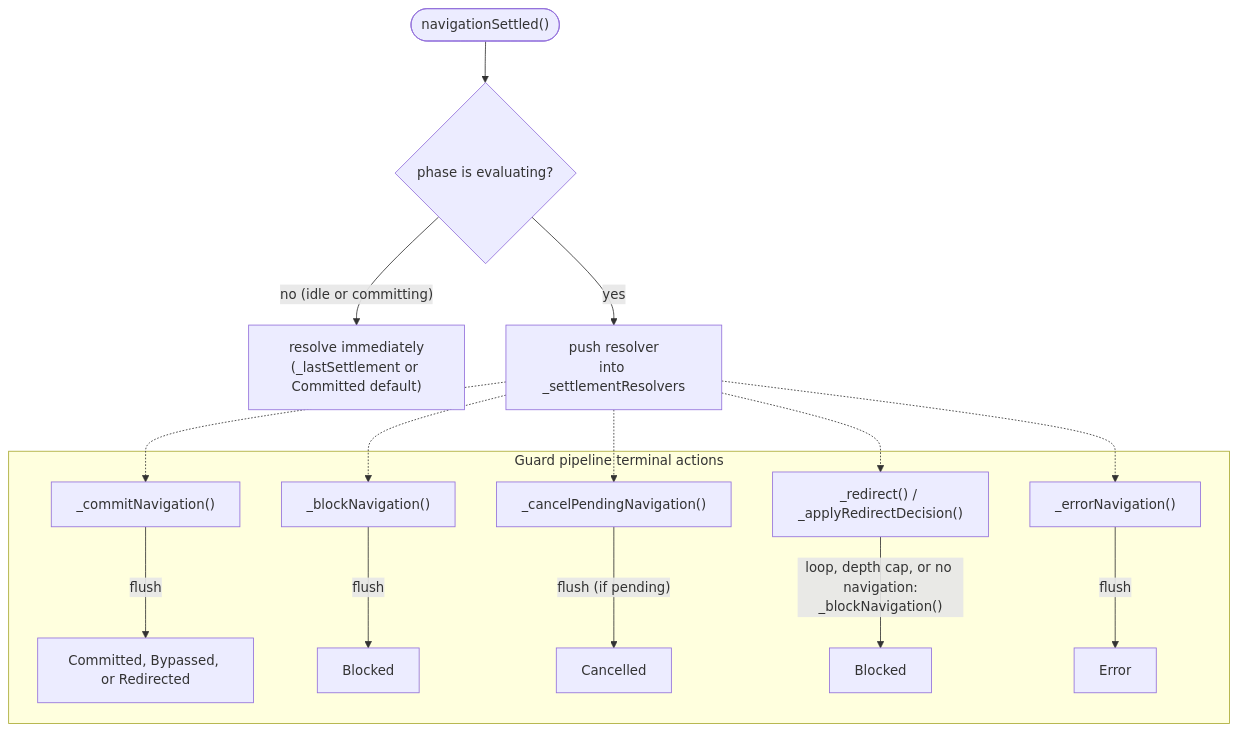
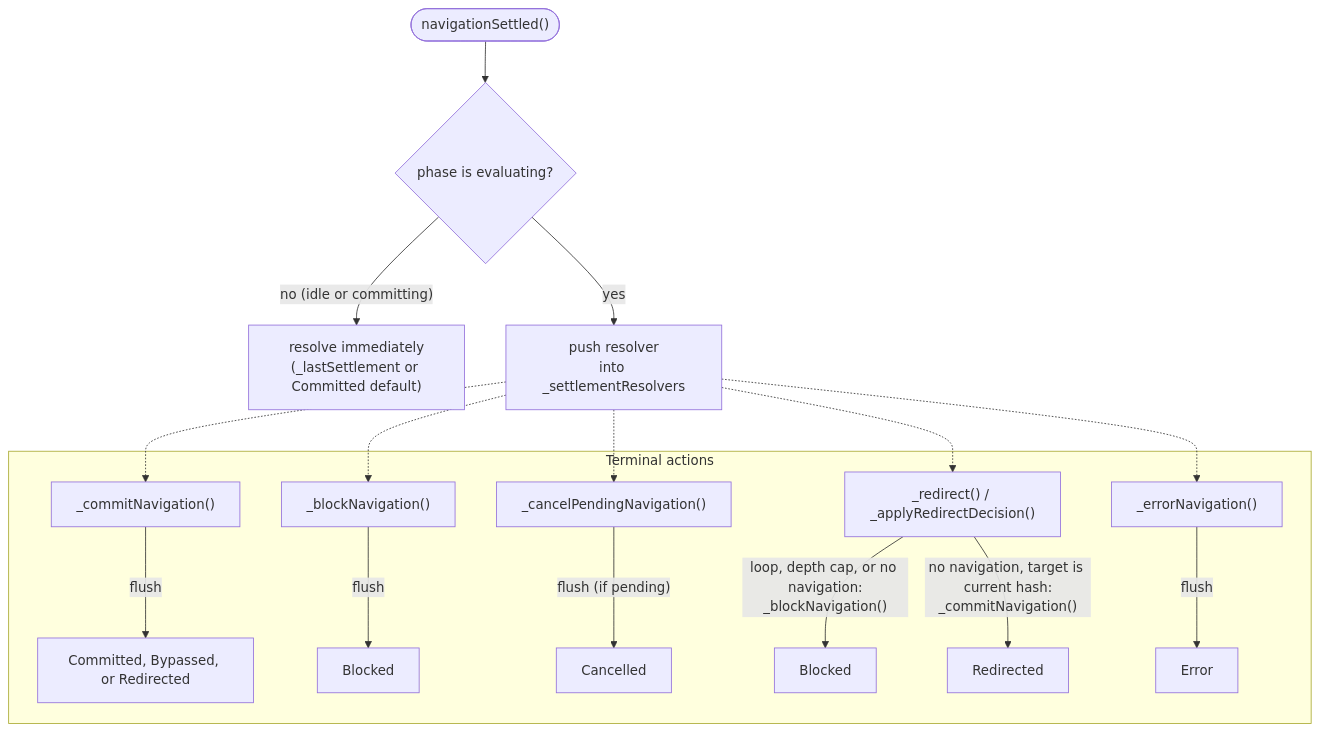
The fourth of 4 diagrams in docs/reference/architecture.md (wridgeu/ui5-lib-guard-router), drawn with Mermaid before and after one commit. The commit also changed other lines of this file and 10 other files, not shown here.

````diff
--- a/docs/reference/architecture.md
+++ b/docs/reference/architecture.md
@@ -433,20 +438,21 @@
 ```mermaid
 flowchart TD
     call(["navigationSettled()"]) --> pending{phase is evaluating?}
     pending -- "no (idle or committing)" --> immediate["resolve immediately<br/>(_lastSettlement or Committed default)"]
     pending -- "yes" --> push["push resolver<br/>into _settlementResolvers"]
 
-    subgraph "Guard pipeline terminal actions"
+    subgraph "Terminal actions"
         commit["_commitNavigation()"] -- "flush" --> fcommit["Committed, Bypassed, or Redirected"]
         block["_blockNavigation()"] -- "flush" --> fblock["Blocked"]
         cancel["_cancelPendingNavigation()"] -- "flush (if pending)" --> fcancel["Cancelled"]
         redirect["_redirect() / _applyRedirectDecision()"] -- "loop, depth cap, or no navigation:<br/>_blockNavigation()" --> fredirect["Blocked"]
+        redirect -- "no navigation, target is current hash:<br/>_commitNavigation()" --> fredirected["Redirected"]
         errornav["_errorNavigation()"] -- "flush" --> ferror["Error"]
     end
 
     push -.-> commit
     push -.-> block
     push -.-> cancel
     push -.-> redirect
     push -.-> errornav
 ```
````
